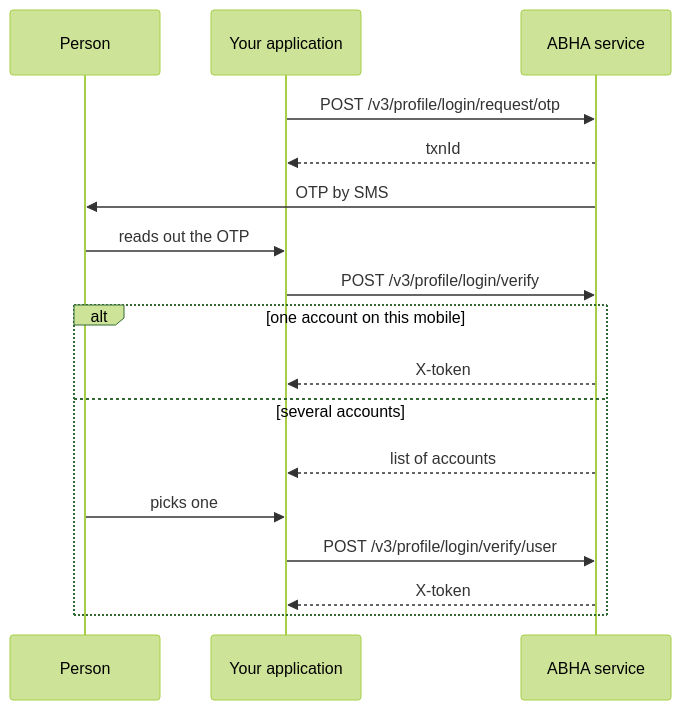
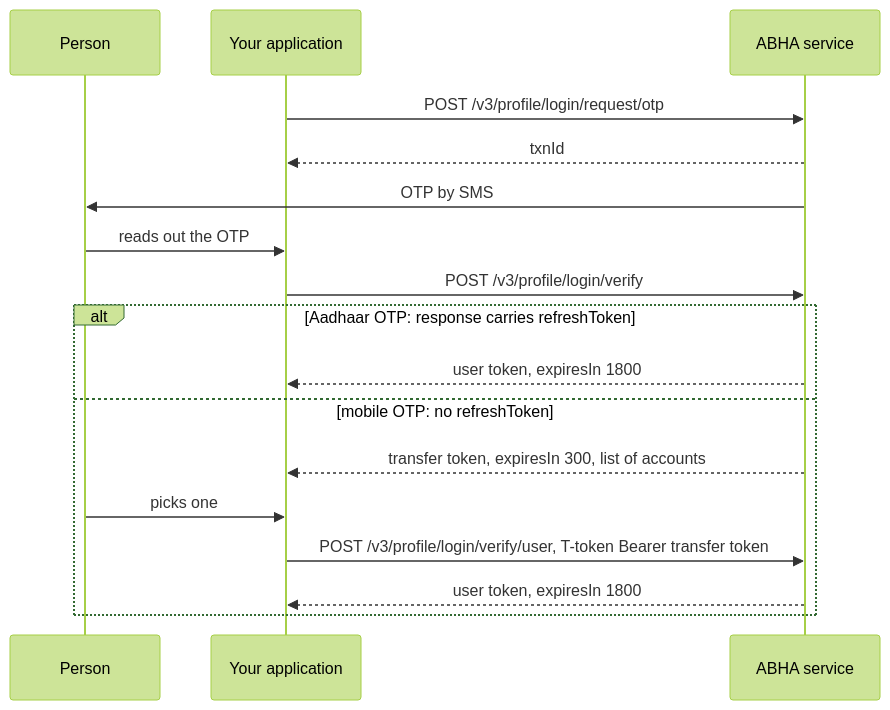
Before and after one commit to nha-in/docs: the diagram in catalogue/hiecm/flows/m1-login-by-mobile.md, drawn with Mermaid (forest theme). The commit also changed other lines of this file and 62 other files, not shown here.

````diff
--- a/catalogue/hiecm/flows/m1-login-by-mobile.md
+++ b/catalogue/hiecm/flows/m1-login-by-mobile.md
@@ -45,19 +60,19 @@
 ```mermaid
 sequenceDiagram
   participant P as Person
   participant You as Your application
   participant ABHA as ABHA service
   You->>ABHA: POST /v3/profile/login/request/otp
   ABHA-->>You: txnId
   ABHA->>P: OTP by SMS
   P->>You: reads out the OTP
   You->>ABHA: POST /v3/profile/login/verify
-  alt one account on this mobile
-    ABHA-->>You: X-token
-  else several accounts
-    ABHA-->>You: list of accounts
+  alt Aadhaar OTP: response carries refreshToken
+    ABHA-->>You: user token, expiresIn 1800
+  else mobile OTP: no refreshToken
+    ABHA-->>You: transfer token, expiresIn 300, list of accounts
     P->>You: picks one
-    You->>ABHA: POST /v3/profile/login/verify/user
-    ABHA-->>You: X-token
+    You->>ABHA: POST /v3/profile/login/verify/user, T-token Bearer transfer token
+    ABHA-->>You: user token, expiresIn 1800
   end
 ```
````
